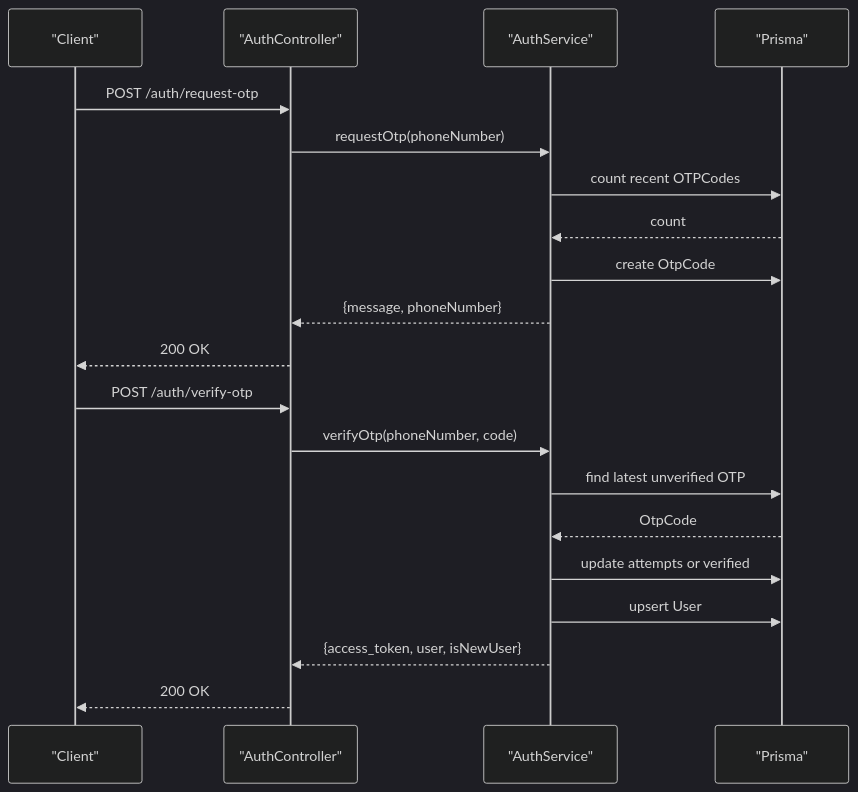
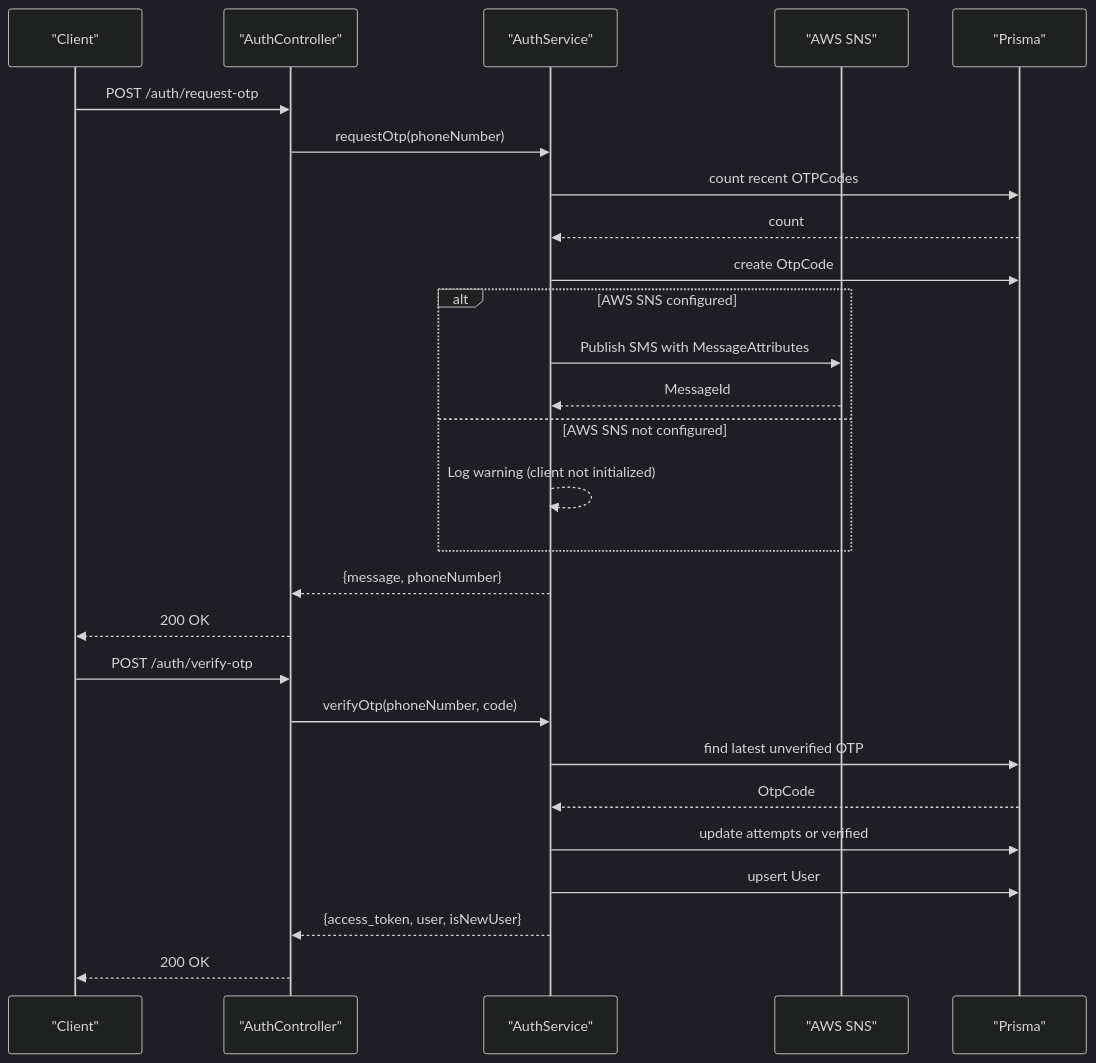
One commit to statgod6/4ever changed the second of 7 diagrams in .qoder/repowiki/en/content/API Reference/Authentication API.md. Above: the diagram before and after it, drawn with Mermaid (dark theme). The commit also changed other lines of this file and 116 other files, not shown here.

````diff
--- a/.qoder/repowiki/en/content/API Reference/Authentication API.md
+++ b/.qoder/repowiki/en/content/API Reference/Authentication API.md
@@ -116,22 +133,29 @@
 ```mermaid
 sequenceDiagram
 participant C as "Client"
 participant Ctrl as "AuthController"
 participant Svc as "AuthService"
+participant SNS as "AWS SNS"
 participant DB as "Prisma"
 C->>Ctrl : POST /auth/request-otp
 Ctrl->>Svc : requestOtp(phoneNumber)
 Svc->>DB : count recent OTPCodes
 DB-->>Svc : count
 Svc->>DB : create OtpCode
+alt AWS SNS configured
+Svc->>SNS : Publish SMS with MessageAttributes
+SNS-->>Svc : MessageId
+else AWS SNS not configured
+Svc-->>Svc : Log warning (client not initialized)
+end
 Svc-->>Ctrl : {message, phoneNumber}
 Ctrl-->>C : 200 OK
 C->>Ctrl : POST /auth/verify-otp
 Ctrl->>Svc : verifyOtp(phoneNumber, code)
 Svc->>DB : find latest unverified OTP
 DB-->>Svc : OtpCode
 Svc->>DB : update attempts or verified
 Svc->>DB : upsert User
 Svc-->>Ctrl : {access_token, user, isNewUser}
 Ctrl-->>C : 200 OK
 ```
````
